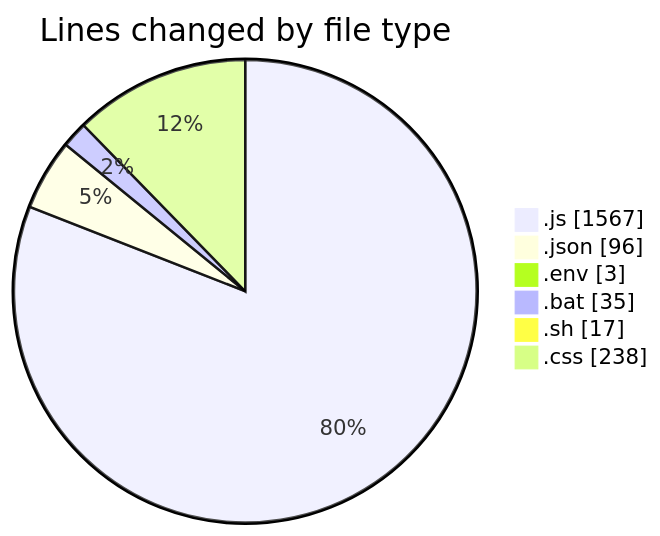
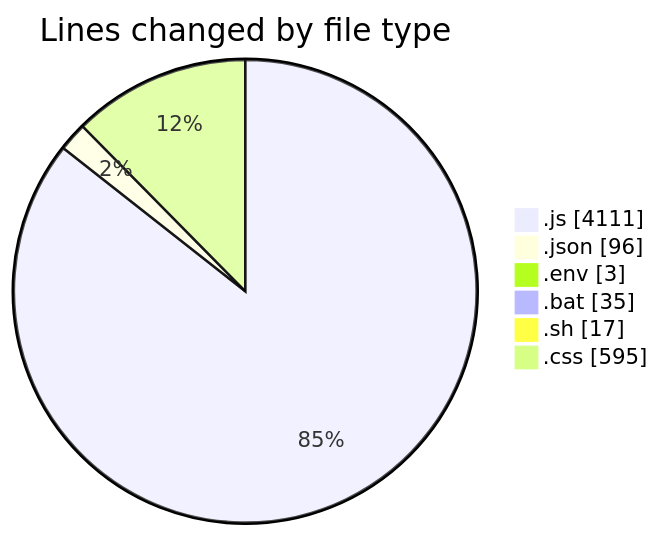
The first of 2 diagrams in 2025-07-19/eduwallet-main/README.md (lephambinh05/code-tracking), drawn with Mermaid before and after one commit. The commit also changed other lines of this file and 1 other file, not shown here.

````diff
--- a/2025-07-19/eduwallet-main/README.md
+++ b/2025-07-19/eduwallet-main/README.md
@@ -36,10 +49,10 @@
 ```mermaid
 pie showData
 title Lines changed by file type
-".js" : 1567
+".js" : 4111
 ".json" : 96
 ".env" : 3
 ".bat" : 35
 ".sh" : 17
-".css" : 238
+".css" : 595
 ```
````
